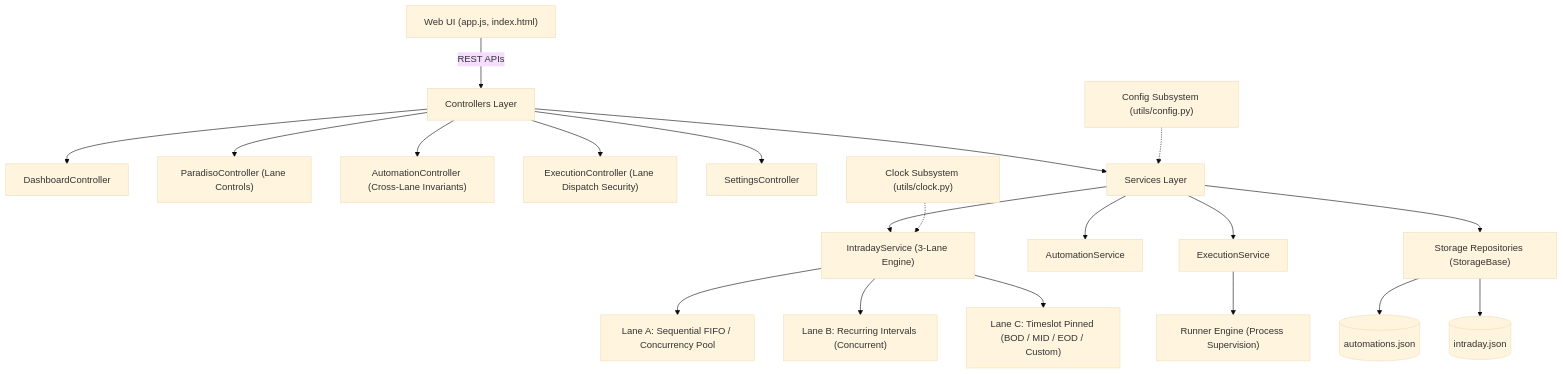
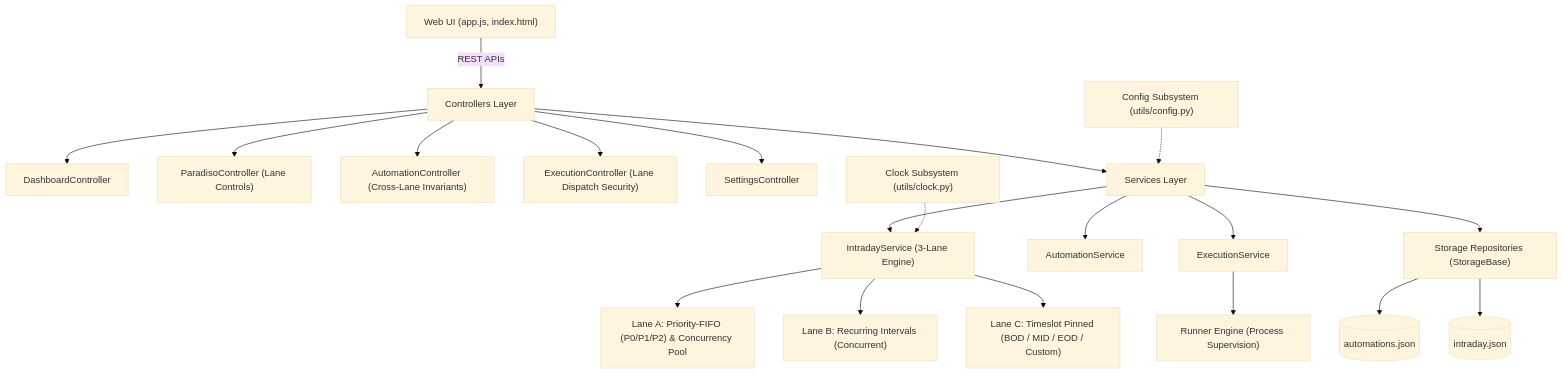
One commit to tailor827/celestial_rose changed the diagram in paradiso/artifacts/dev/dev_session_context.md. Above: the diagram before and after it, drawn with Mermaid (base theme). The commit also changed other lines of this file and 46 other files, not shown here.

````diff
--- a/paradiso/artifacts/dev/dev_session_context.md
+++ b/paradiso/artifacts/dev/dev_session_context.md
@@ -34,25 +34,25 @@
 ```mermaid
 graph TD
     UI["Web UI (app.js, index.html)"] -->|REST APIs| Controllers["Controllers Layer"]
     Controllers --> DashboardCtrl["DashboardController"]
     Controllers --> ParadisoCtrl["ParadisoController (Lane Controls)"]
     Controllers --> AutomationCtrl["AutomationController (Cross-Lane Invariants)"]
     Controllers --> ExecutionCtrl["ExecutionController (Lane Dispatch Security)"]
     Controllers --> SettingsCtrl["SettingsController"]
     
     Controllers --> Services["Services Layer"]
     Services --> IntradaySvc["IntradayService (3-Lane Engine)"]
     Services --> AutoSvc["AutomationService"]
     Services --> ExecSvc["ExecutionService"]
     
-    IntradaySvc --> LaneA["Lane A: Sequential FIFO / Concurrency Pool"]
+    IntradaySvc --> LaneA["Lane A: Priority-FIFO (P0/P1/P2) & Concurrency Pool"]
     IntradaySvc --> LaneB["Lane B: Recurring Intervals (Concurrent)"]
     IntradaySvc --> LaneC["Lane C: Timeslot Pinned (BOD / MID / EOD / Custom)"]
     
     ExecSvc --> Runner["Runner Engine (Process Supervision)"]
     Services --> Storage["Storage Repositories (StorageBase)"]
     Storage --> AutoJSON[("automations.json")]
     Storage --> IntradayJSON[("intraday.json")]
     Clock["Clock Subsystem (utils/clock.py)"] -.-> IntradaySvc
     Config["Config Subsystem (utils/config.py)"] -.-> Services
 ```
````
